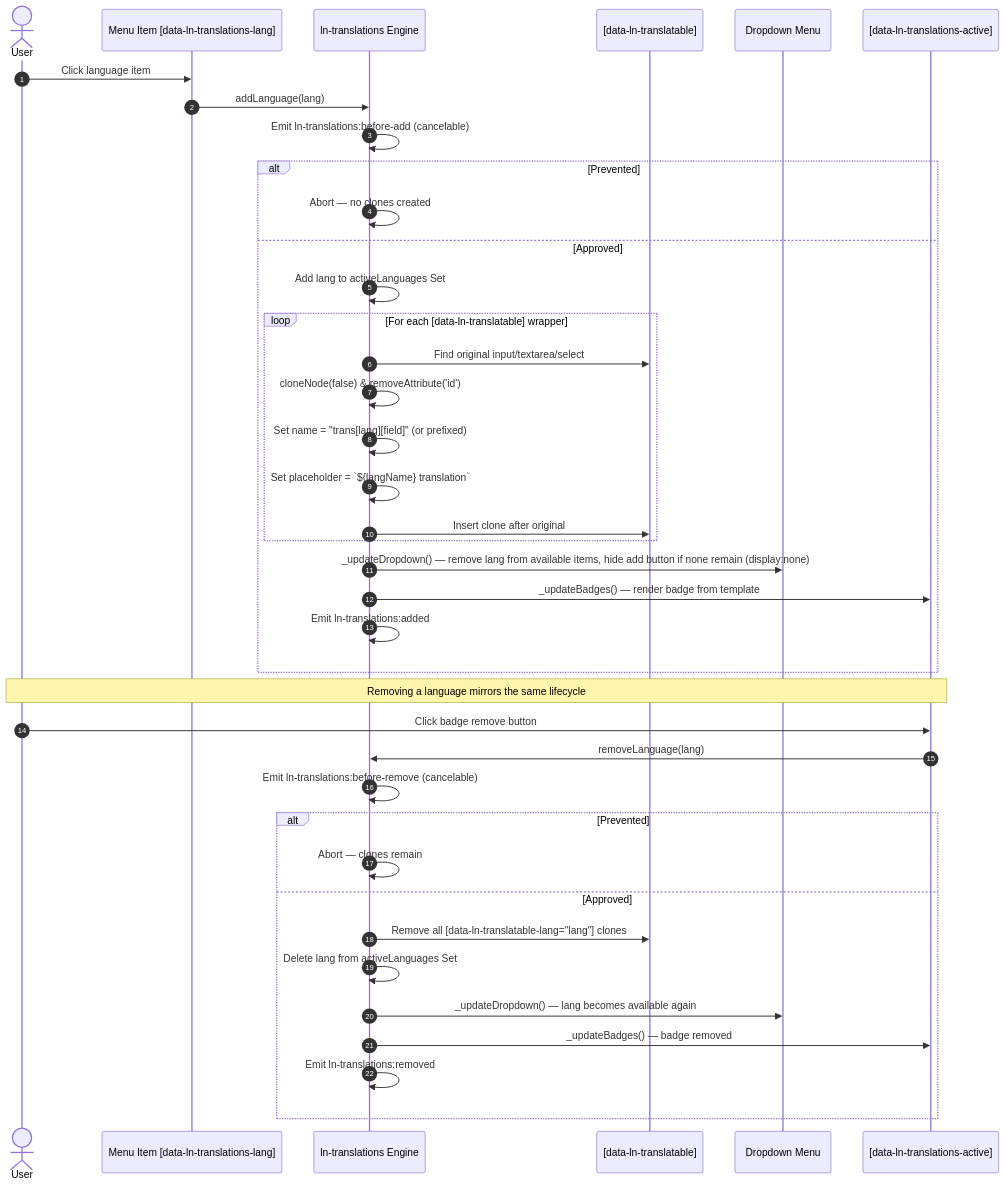
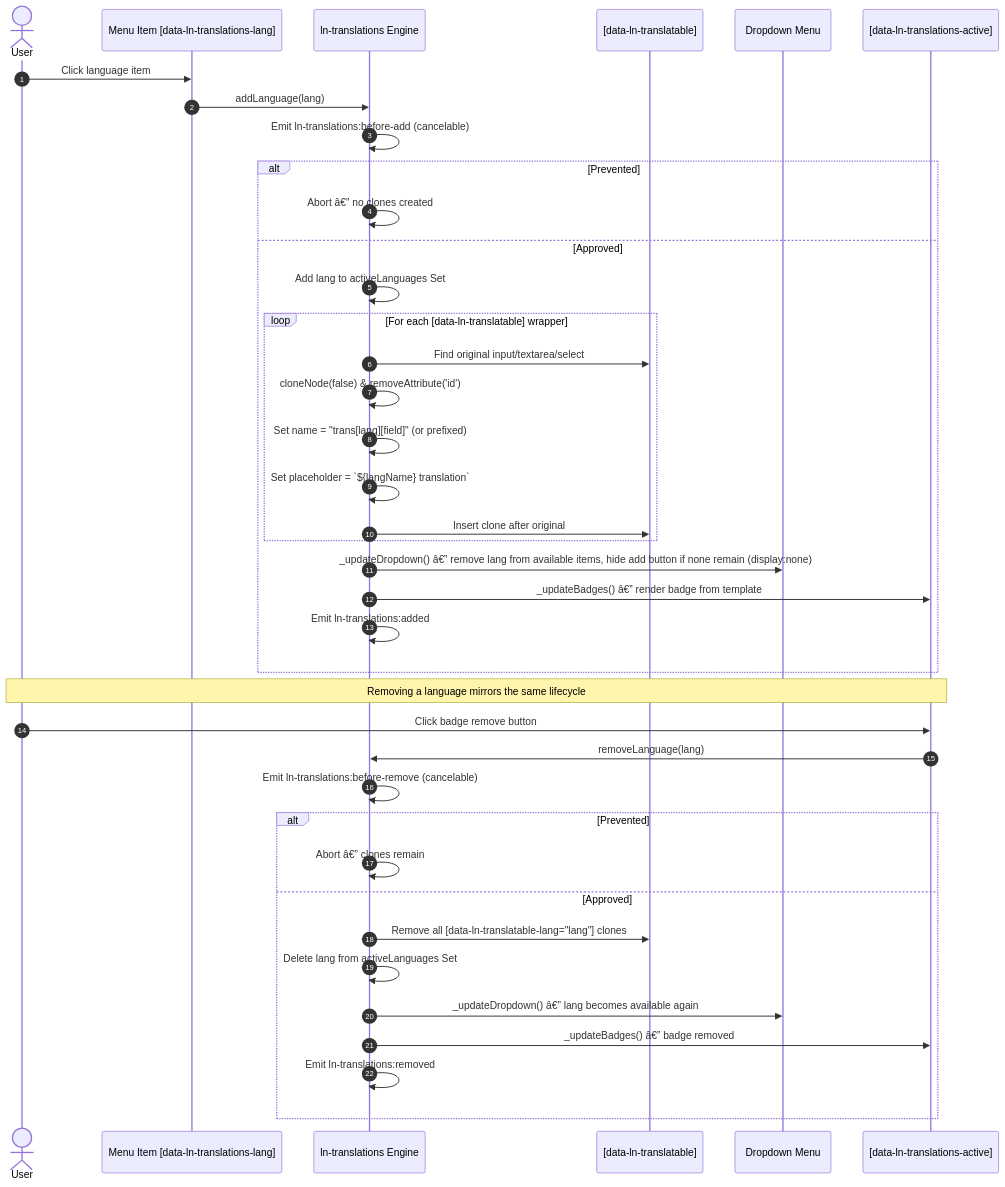
One commit to livenetworks/ln-ashlar changed the diagram in docs-mcp/components/ln-translations.md. Above: the diagram before and after it, drawn with Mermaid. The commit also changed other lines of this file and 1123 other files, not shown here.

````diff
--- a/docs-mcp/components/ln-translations.md
+++ b/docs-mcp/components/ln-translations.md
@@ -266,43 +266,43 @@
 ```mermaid
 sequenceDiagram
 	autonumber
 	actor User
 	participant Menu as Menu Item [data-ln-translations-lang]
 	participant Comp as ln-translations Engine
 	participant Wrapper as [data-ln-translatable]
 	participant Dropdown as Dropdown Menu
 	participant Badges as [data-ln-translations-active]
 
 	User->>Menu: Click language item
 	Menu->>Comp: addLanguage(lang)
 	Comp->>Comp: Emit ln-translations:before-add (cancelable)
 	alt Prevented
-		Comp->>Comp: Abort — no clones created
+		Comp->>Comp: Abort â€” no clones created
 	else Approved
 		Comp->>Comp: Add lang to activeLanguages Set
 		loop For each [data-ln-translatable] wrapper
 			Comp->>Wrapper: Find original input/textarea/select
 			Comp->>Comp: cloneNode(false) & removeAttribute('id')
 			Comp->>Comp: Set name = "trans[lang][field]" (or prefixed)
 			Comp->>Comp: Set placeholder = `${langName} translation`
 			Comp->>Wrapper: Insert clone after original
 		end
-		Comp->>Dropdown: _updateDropdown() — remove lang from available items, hide add button if none remain (display:none)
-		Comp->>Badges: _updateBadges() — render badge from template
+		Comp->>Dropdown: _updateDropdown() â€” remove lang from available items, hide add button if none remain (display:none)
+		Comp->>Badges: _updateBadges() â€” render badge from template
 		Comp->>Comp: Emit ln-translations:added
 	end
 
 	Note over User,Badges: Removing a language mirrors the same lifecycle
 	User->>Badges: Click badge remove button
 	Badges->>Comp: removeLanguage(lang)
 	Comp->>Comp: Emit ln-translations:before-remove (cancelable)
 	alt Prevented
-		Comp->>Comp: Abort — clones remain
+		Comp->>Comp: Abort â€” clones remain
 	else Approved
 		Comp->>Wrapper: Remove all [data-ln-translatable-lang="lang"] clones
 		Comp->>Comp: Delete lang from activeLanguages Set
-		Comp->>Dropdown: _updateDropdown() — lang becomes available again
-		Comp->>Badges: _updateBadges() — badge removed
+		Comp->>Dropdown: _updateDropdown() â€” lang becomes available again
+		Comp->>Badges: _updateBadges() â€” badge removed
 		Comp->>Comp: Emit ln-translations:removed
 	end
 ```
````
